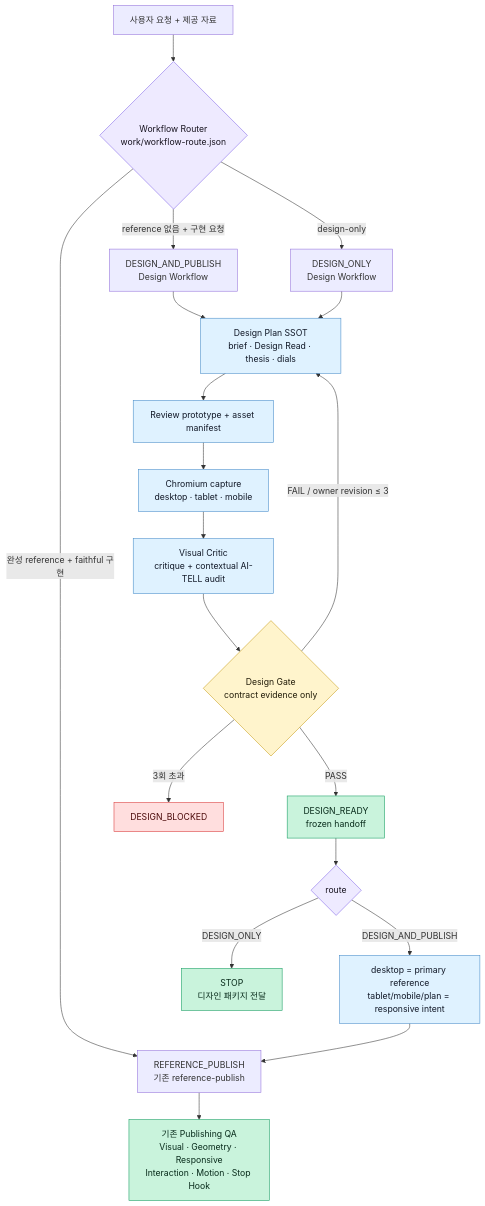
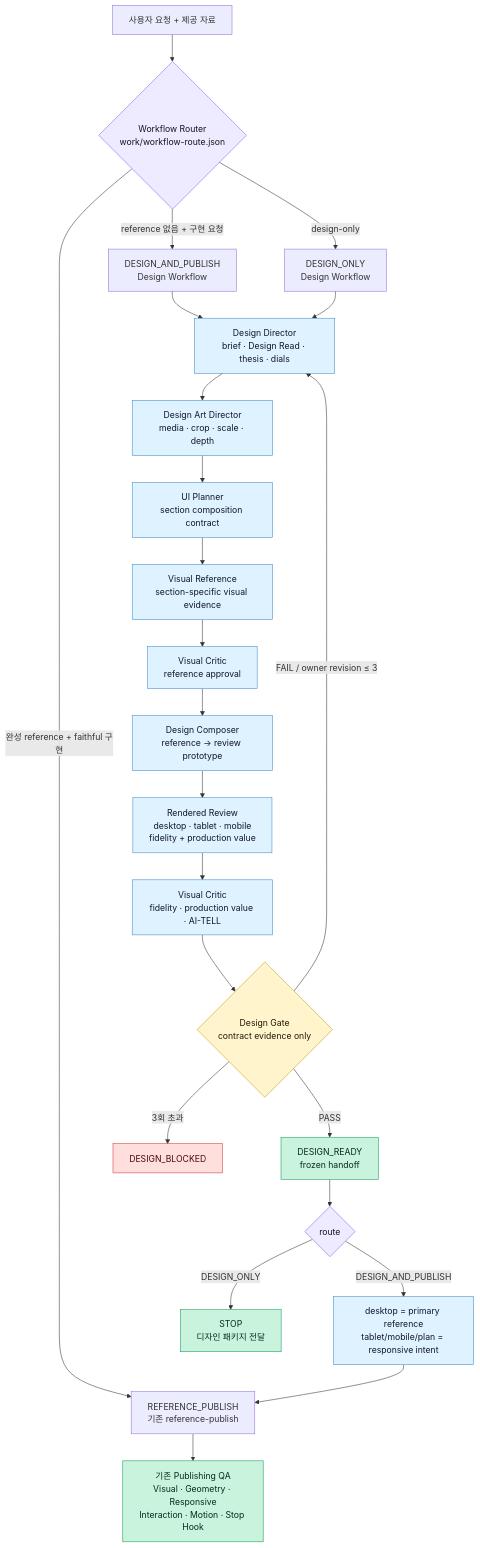
One commit to tnfh23-web/skills-hooks changed the first of 2 diagrams in README.md. Above: the diagram before and after it, drawn with Mermaid. The commit also changed other lines of this file and 19 other files, not shown here.

Commit message:
Add visual-first art direction workflow

````diff
--- a/README.md
+++ b/README.md
@@ -9,33 +9,37 @@
 ```mermaid
 flowchart TD
     REQUEST["사용자 요청 + 제공 자료"] --> ROUTER{"Workflow Router<br/>work/workflow-route.json"}
     ROUTER -- "완성 reference + faithful 구현" --> RP["REFERENCE_PUBLISH<br/>기존 reference-publish"]
     ROUTER -- "reference 없음 + 구현 요청" --> DP["DESIGN_AND_PUBLISH<br/>Design Workflow"]
     ROUTER -- "design-only" --> DO["DESIGN_ONLY<br/>Design Workflow"]
 
-    DP --> PLAN["Design Plan SSOT<br/>brief · Design Read · thesis · dials"]
-    DO --> PLAN
-    PLAN --> PROTO["Review prototype + asset manifest"]
-    PROTO --> CAPTURE["Chromium capture<br/>desktop · tablet · mobile"]
-    CAPTURE --> CRITIC["Visual Critic<br/>critique + contextual AI-TELL audit"]
+    DP --> DIRECTOR["Design Director<br/>brief · Design Read · thesis · dials"]
+    DO --> DIRECTOR
+    DIRECTOR --> ART["Design Art Director<br/>media · crop · scale · depth"]
+    ART --> PLAN["UI Planner<br/>section composition contract"]
+    PLAN --> VREF["Visual Reference<br/>section-specific visual evidence"]
+    VREF --> VCRITIC["Visual Critic<br/>reference approval"]
+    VCRITIC --> PROTO["Design Composer<br/>reference → review prototype"]
+    PROTO --> CAPTURE["Rendered Review<br/>desktop · tablet · mobile<br/>fidelity + production value"]
+    CAPTURE --> CRITIC["Visual Critic<br/>fidelity · production value · AI-TELL"]
     CRITIC --> GATE{"Design Gate<br/>contract evidence only"}
-    GATE -- "FAIL / owner revision ≤ 3" --> PLAN
+    GATE -- "FAIL / owner revision ≤ 3" --> DIRECTOR
     GATE -- "3회 초과" --> BLOCK["DESIGN_BLOCKED"]
     GATE -- "PASS" --> HANDOFF["DESIGN_READY<br/>frozen handoff"]
     HANDOFF --> DECIDE{"route"}
     DECIDE -- "DESIGN_ONLY" --> STOP["STOP<br/>디자인 패키지 전달"]
     DECIDE -- "DESIGN_AND_PUBLISH" --> BRIDGE["desktop = primary reference<br/>tablet/mobile/plan = responsive intent"]
     BRIDGE --> RP
     RP --> PQA["기존 Publishing QA<br/>Visual · Geometry · Responsive<br/>Interaction · Motion · Stop Hook"]
 
     classDef route fill:#eeeaff,stroke:#8066e8,color:#17131f;
     classDef design fill:#dff2ff,stroke:#438ac7,color:#111827;
     classDef gate fill:#fff4cc,stroke:#c69a13,color:#211b08;
     classDef pass fill:#c9f3dc,stroke:#119b5f,color:#082b1b;
     classDef fail fill:#ffdede,stroke:#d93636,color:#4a0909;
     class ROUTER,DECIDE route;
-    class PLAN,PROTO,CAPTURE,CRITIC,BRIDGE design;
+    class DIRECTOR,ART,PLAN,VREF,VCRITIC,PROTO,CAPTURE,CRITIC,BRIDGE design;
     class GATE gate;
     class HANDOFF,STOP,PQA pass;
     class BLOCK fail;
 ```
````
